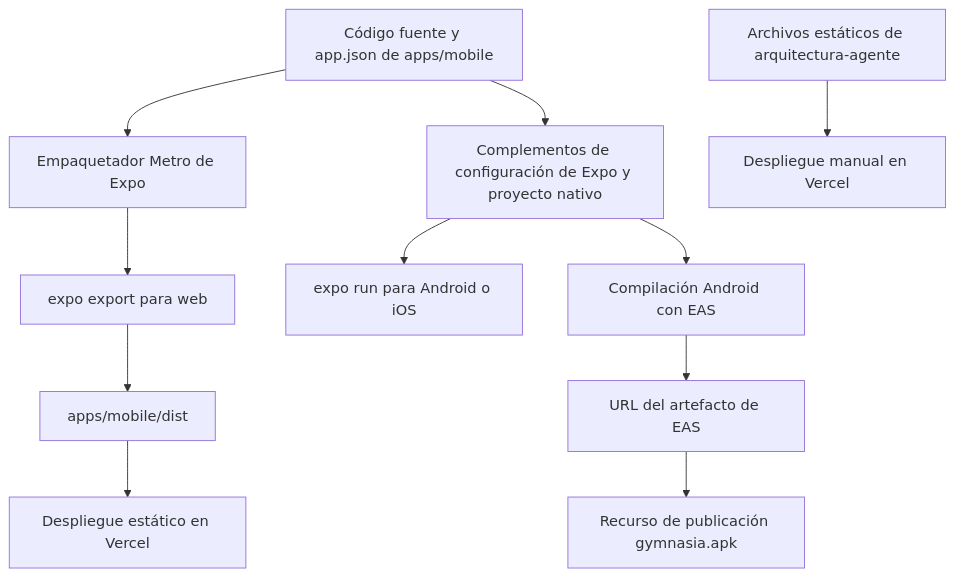
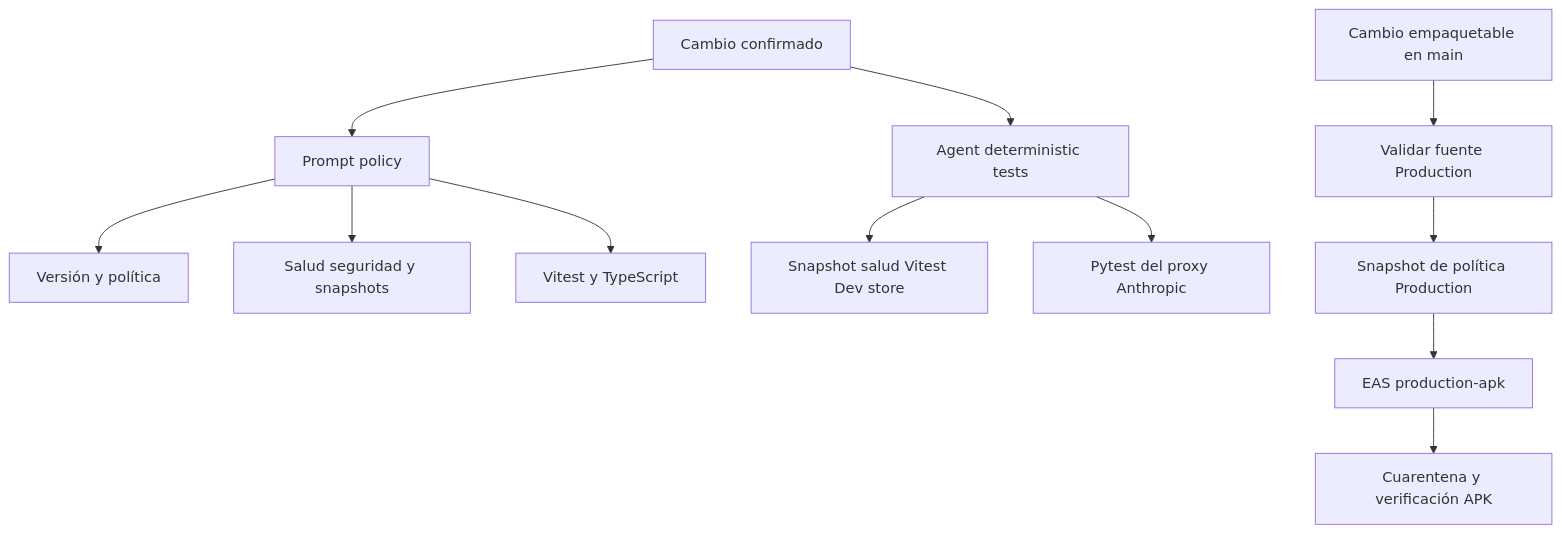
The first of 2 diagrams in openwiki/operations/build-release-and-testing.md (maximofn/gymnasia), drawn with Mermaid before and after one commit. The commit also changed other lines of this file and 24 other files, not shown here.

````diff
--- a/openwiki/operations/build-release-and-testing.md
+++ b/openwiki/operations/build-release-and-testing.md
@@ -52,13 +86,14 @@
 ```mermaid
 flowchart TD
-    Source["Código fuente y app.json de apps/mobile"] --> Metro["Empaquetador Metro de Expo"]
-    Metro --> WebExport["expo export para web"]
-    WebExport --> Dist["apps/mobile/dist"]
-    Dist --> WebDeploy["Despliegue estático en Vercel"]
-    Source --> NativeConfig["Complementos de configuración de Expo y proyecto nativo"]
-    NativeConfig --> LocalNative["expo run para Android o iOS"]
-    NativeConfig --> EAS["Compilación Android con EAS"]
-    EAS --> Archive["URL del artefacto de EAS"]
-    Archive --> GitHubAsset["Recurso de publicación gymnasia.apk"]
-    BoardData["Archivos estáticos de arquitectura-agente"] --> BoardDeploy["Despliegue manual en Vercel"]
+    Change["Cambio confirmado"] --> Prompt["Prompt policy"]
+    Change --> Agent["Agent deterministic tests"]
+    Prompt --> PolicyChecks["Versión y política"]
+    Prompt --> Health["Salud seguridad y snapshots"]
+    Prompt --> Mobile["Vitest y TypeScript"]
+    Agent --> AgentChecks["Snapshot salud Vitest Dev store"]
+    Agent --> Proxy["Pytest del proxy Anthropic"]
+    Release["Cambio empaquetable en main"] --> Source["Validar fuente Production"]
+    Source --> Signed["Snapshot de política Production"]
+    Signed --> EAS["EAS production-apk"]
+    EAS --> APK["Cuarentena y verificación APK"]
 ```
````
